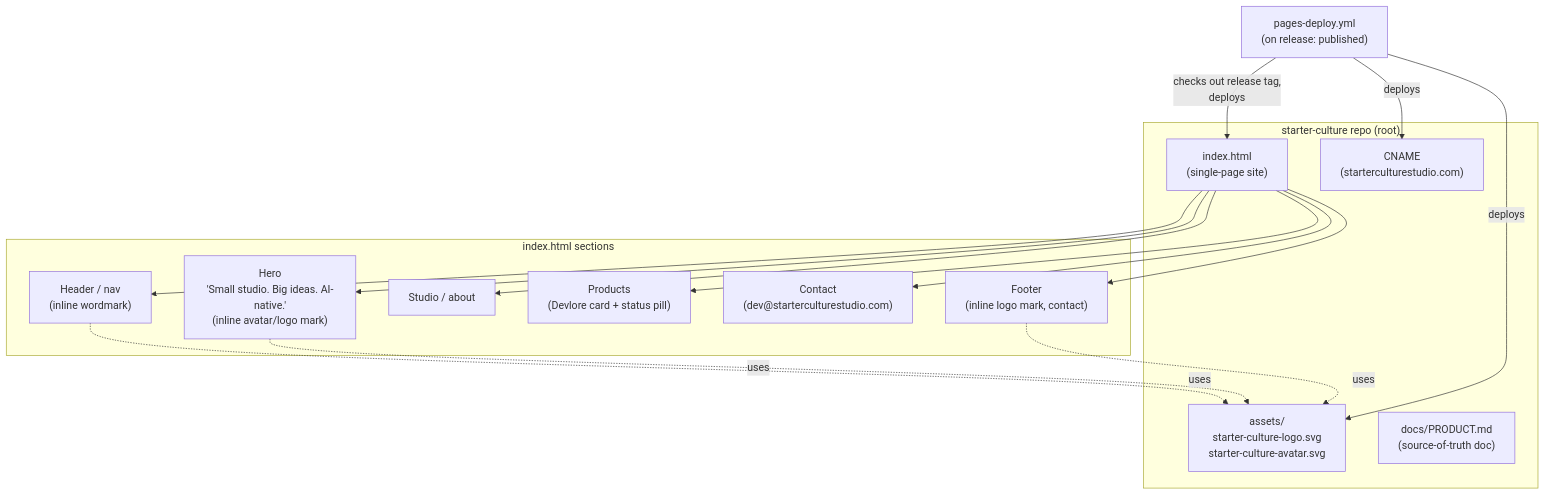
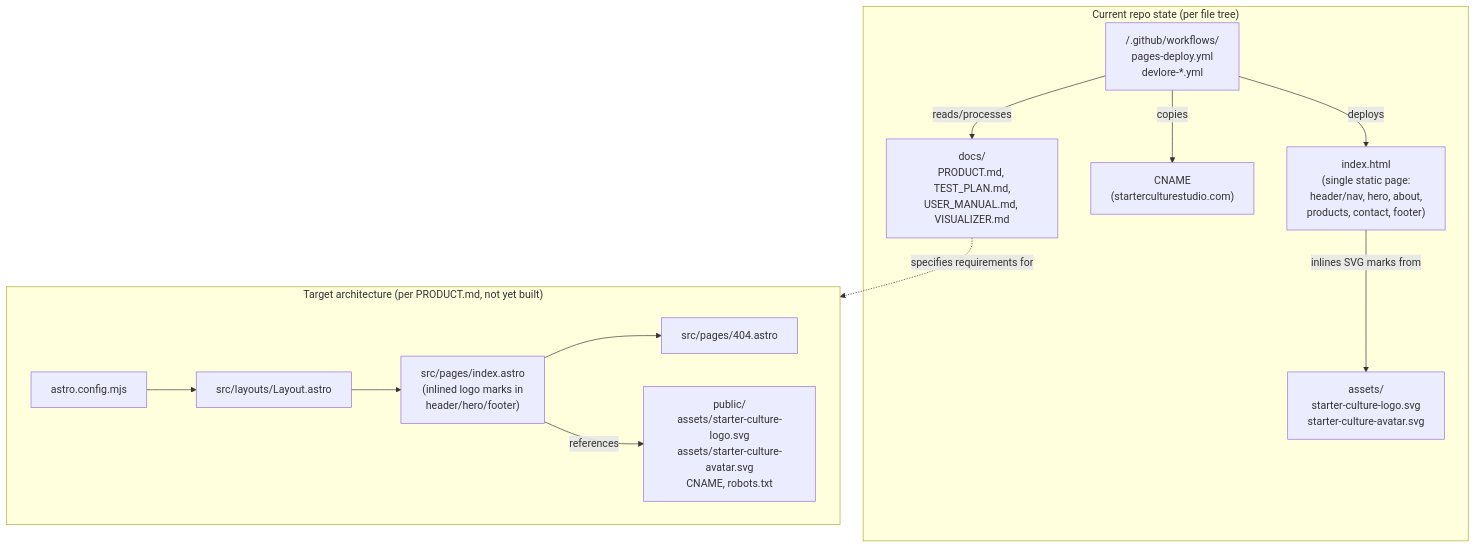
One commit to BubbaF377/starter-culture changed the first of 3 diagrams in docs/VISUALIZER.md. Above: the diagram before and after it, drawn with Mermaid. The commit also changed other lines of this file, not shown here.

Commit message:
Update visualizer (requirements changed): starter-culture

````diff
--- a/docs/VISUALIZER.md
+++ b/docs/VISUALIZER.md
@@ -8,34 +6,29 @@
 ```mermaid
 flowchart TB
-    subgraph SiteRepo["starter-culture repo (root)"]
-        Index["index.html\n(single-page site)"]
-        Assets["assets/\nstarter-culture-logo.svg\nstarter-culture-avatar.svg"]
-        CNAME["CNAME\n(starterculturestudio.com)"]
-        ProductDoc["docs/PRODUCT.md\n(source-of-truth doc)"]
+    subgraph Current["Current repo state (per file tree)"]
+        idx["index.html<br/>(single static page:<br/>header/nav, hero, about,<br/>products, contact, footer)"]
+        assets["assets/<br/>starter-culture-logo.svg<br/>starter-culture-avatar.svg"]
+        cname["CNAME<br/>(starterculturestudio.com)"]
+        docs["docs/<br/>PRODUCT.md, TEST_PLAN.md,<br/>USER_MANUAL.md, VISUALIZER.md"]
+        wf["/.github/workflows/<br/>pages-deploy.yml<br/>devlore-*.yml"]
+
+        idx -->|inlines SVG marks from| assets
+        wf -->|deploys| idx
+        wf -->|copies| cname
+        wf -->|reads/processes| docs
     end
 
-    subgraph Sections["index.html sections"]
-        Header["Header / nav\n(inline wordmark)"]
-        Hero["Hero\n'Small studio. Big ideas. AI-native.'\n(inline avatar/logo mark)"]
-        About["Studio / about"]
-        Products["Products\n(Devlore card + status pill)"]
-        Contact["Contact\n(dev@starterculturestudio.com)"]
-        Footer["Footer\n(inline logo mark, contact)"]
+    subgraph Target["Target architecture (per PRODUCT.md, not yet built)"]
+        cfg["astro.config.mjs"]
+        layout["src/layouts/Layout.astro"]
+        indexPage["src/pages/index.astro<br/>(inlined logo marks in<br/>header/hero/footer)"]
+        notFound["src/pages/404.astro"]
+        pub["public/<br/>assets/starter-culture-logo.svg<br/>assets/starter-culture-avatar.svg<br/>CNAME, robots.txt"]
+
+        cfg --> layout --> indexPage
+        indexPage --> notFound
+        indexPage -->|references| pub
     end
 
-    Index --> Header
-    Index --> Hero
-    Index --> About
-    Index --> Products
-    Index --> Contact
-    Index --> Footer
-
-    Header -.uses.-> Assets
-    Hero -.uses.-> Assets
-    Footer -.uses.-> Assets
-
-    Deploy["pages-deploy.yml\n(on release: published)"]
-    Deploy -->|checks out release tag,\ndeploys| Index
-    Deploy -->|deploys| Assets
-    Deploy -->|deploys| CNAME
+    docs -.->|specifies requirements for| Target
 ```
````
